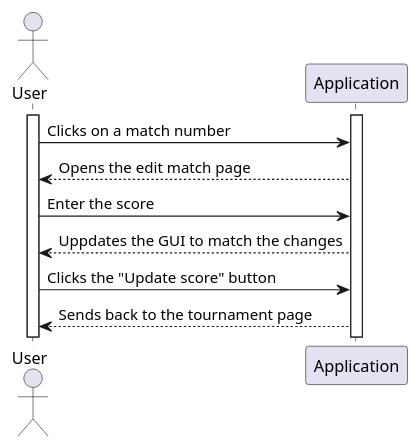
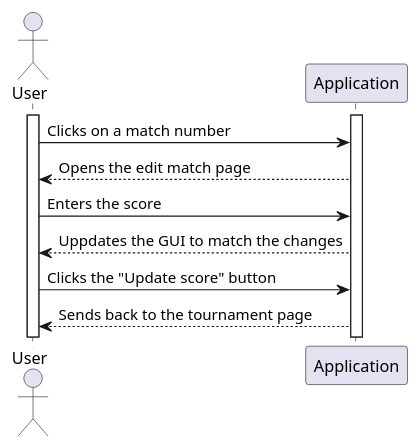
One commit to itzMesh/DCST1008-Prosjekt changed the diagram in ProjektUML/SequencediagramUserAppData/sequence_diagram_editMatch.wsd. Above: the diagram before and after it, drawn with PlantUML. The commit also changed 5 other files, not shown here.

Commit message:
more uml typos

```diff
--- a/ProjektUML/SequencediagramUserAppData/sequence_diagram_editMatch.wsd
+++ b/ProjektUML/SequencediagramUserAppData/sequence_diagram_editMatch.wsd
@@ -1,17 +1,17 @@
 @startuml editMatch
 
 actor User as U
 participant Application as A
 
 activate U
 activate A
 
 
 U->A: Clicks on a match number
 A-->U: Opens the edit match page
-U->A: Enter the score
+U->A: Enters the score
 A-->U: Uppdates the GUI to match the changes
 U->A: Clicks the "Update score" button 
 A-->U: Sends back to the tournament page 
 
 @enduml
```
